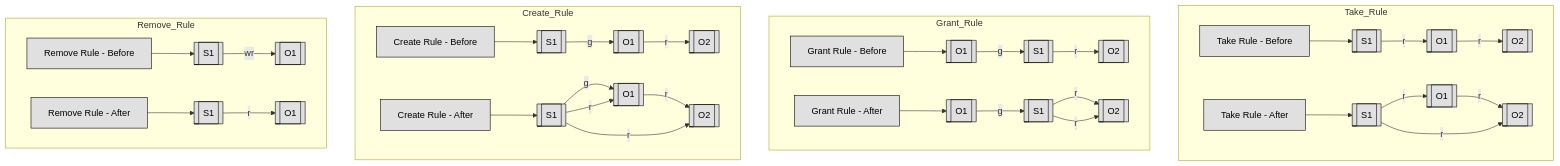
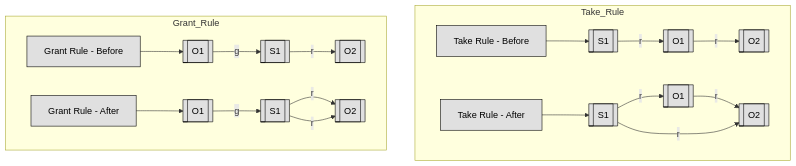
Diagram 11 of 11 in DOMAIN3: Security Architecture and Engineering/3.02 Understand the fundamental concepts of security models (e.g. Biba, STar Model, Bell Lapadula).md (lorenzoleonelli/CISSP-Zero-to-Hero), drawn with Mermaid before and after one commit.

Commit message:
Update 3.02 Understand the fundamental concepts of security models (e.g. Biba, STar Model, Bell Lapadula).md

````diff
--- a/DOMAIN3: Security Architecture and Engineering/3.02 Understand the fundamental concepts of security models (e.g. Biba, STar Model, Bell Lapadula).md
+++ b/DOMAIN3: Security Architecture and Engineering/3.02 Understand the fundamental concepts of security models (e.g. Biba, STar Model, Bell Lapadula).md
@@ -384,43 +384,25 @@
 ```mermaid
 flowchart TB
 
 subgraph Take_Rule
     direction LR
     S1_Take1[["S1"]] -->|r| O1_Take1[["O1"]] -->|r| O2_Take1[["O2"]]
     S1_Take2[["S1"]] -->|r| O1_Take2[["O1"]] -->|r| O2_Take2[["O2"]]
     S1_Take2 -->|r| O2_Take2
     label1[Take Rule  - Before]:::label --> S1_Take1
     label2[Take Rule - After]:::label --> S1_Take2
 end
 
 subgraph Grant_Rule
     direction LR
     O1_Grant1[["O1"]] -->|g| S1_Grant1[["S1"]] -->|r| O2_Grant1[["O2"]]
     O1_Grant2[["O1"]] -->|g| S1_Grant2[["S1"]] -->|r| O2_Grant2[["O2"]]
     S1_Grant2 -->|r| O2_Grant2
     label3[Grant Rule - Before]:::label --> O1_Grant1
     label4[Grant Rule - After]:::label --> O1_Grant2
 end
 
-subgraph Create_Rule
-    direction LR
-    S1_Create1[["S1"]] -->|g| O1_Create1[["O1"]] -->|r| O2_Create1[["O2"]]
-    S1_Create2[["S1"]] -->|g| O1_Create2[["O1"]] -->|r| O2_Create2[["O2"]]
-    S1_Create2 -->|r| O2_Create2
-    S1_Create2 -->|r| O1_Create2
-    label5[Create Rule - Before]:::label --> S1_Create1
-    label6[Create Rule - After]:::label --> S1_Create2
-end
-
-subgraph Remove_Rule
-    direction LR
-    S1_Remove1[["S1"]] -->|wr| O1_Remove1[["O1"]]
-    S1_Remove2[["S1"]] -->|r| O1_Remove2[["O1"]]
-    label7[Remove Rule - Before]:::label --> S1_Remove1
-    label8[Remove Rule - After]:::label --> S1_Remove2
-end
-
     classDef center fill:#ffffff,color:#000000,stroke:#000000,stroke-width:1px,font-weight:bold
     classDef node fill:#e0e0e0,color:#000000,stroke:#000000,stroke-width:1px
 
 ```
````
